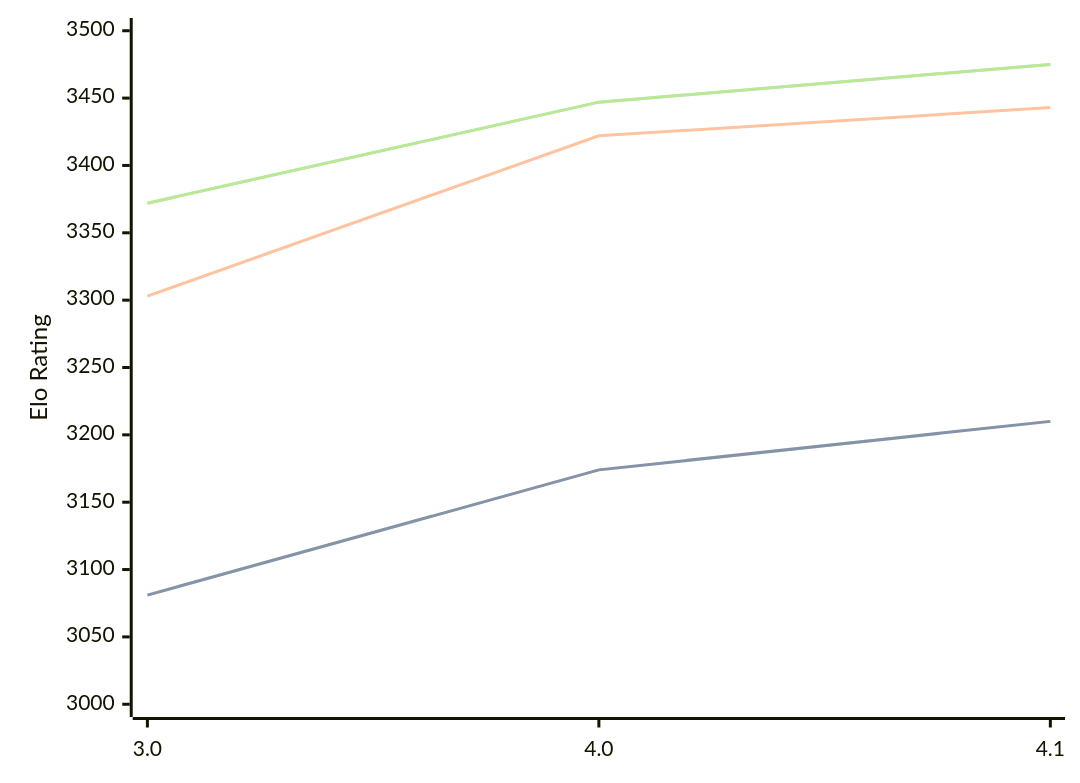
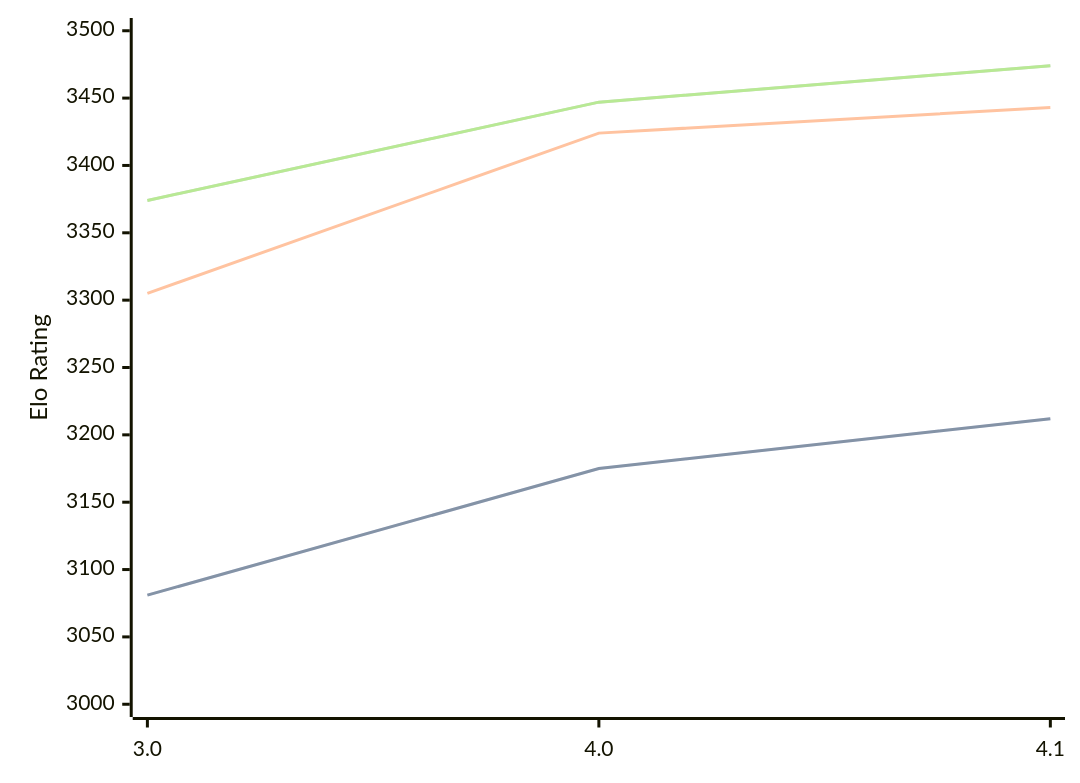
The diagram in engines/Eleanor.md (computer-chess-index/cci), drawn with Mermaid before and after one commit. The commit also changed other lines of this file, not shown here.

Commit message:
Update CCI Ratings (ELO VLTC) - 2026-05-17

````diff
--- a/engines/Eleanor.md
+++ b/engines/Eleanor.md
@@ -35,11 +35,11 @@
 ```mermaid
 %%{init: {"theme":"base","themeVariables":{"seriesColors:['#a3a3a3','#222221','#faa371']}}}%%
 xychart-beta
   x-axis ["3.0", "4.0", "4.1"]
   y-axis "Elo Rating" 3000 --> 3500
-  line "STC (8.0+0.08s)" [3081, 3174, 3210]
-  line "STC (8.0+0.08s)" [3081, 3174, 3210]
-  line "LTC (60.0+0.60s)" [3303, 3422, 3443]
-  line "VLTC (2m24s+1.12s)" [3372, 3447, 3475]
-  line "VLTC (2m24s+1.12s)" [3372, 3447, 3475]
+  line "STC (8.0+0.08s)" [3081, 3175, 3212]
+  line "STC (8.0+0.08s)" [3081, 3175, 3212]
+  line "LTC (60.0+0.60s)" [3305, 3424, 3443]
+  line "VLTC (2m24s+1.12s)" [3374, 3447, 3474]
+  line "VLTC (2m24s+1.12s)" [3374, 3447, 3474]
 ```
````
